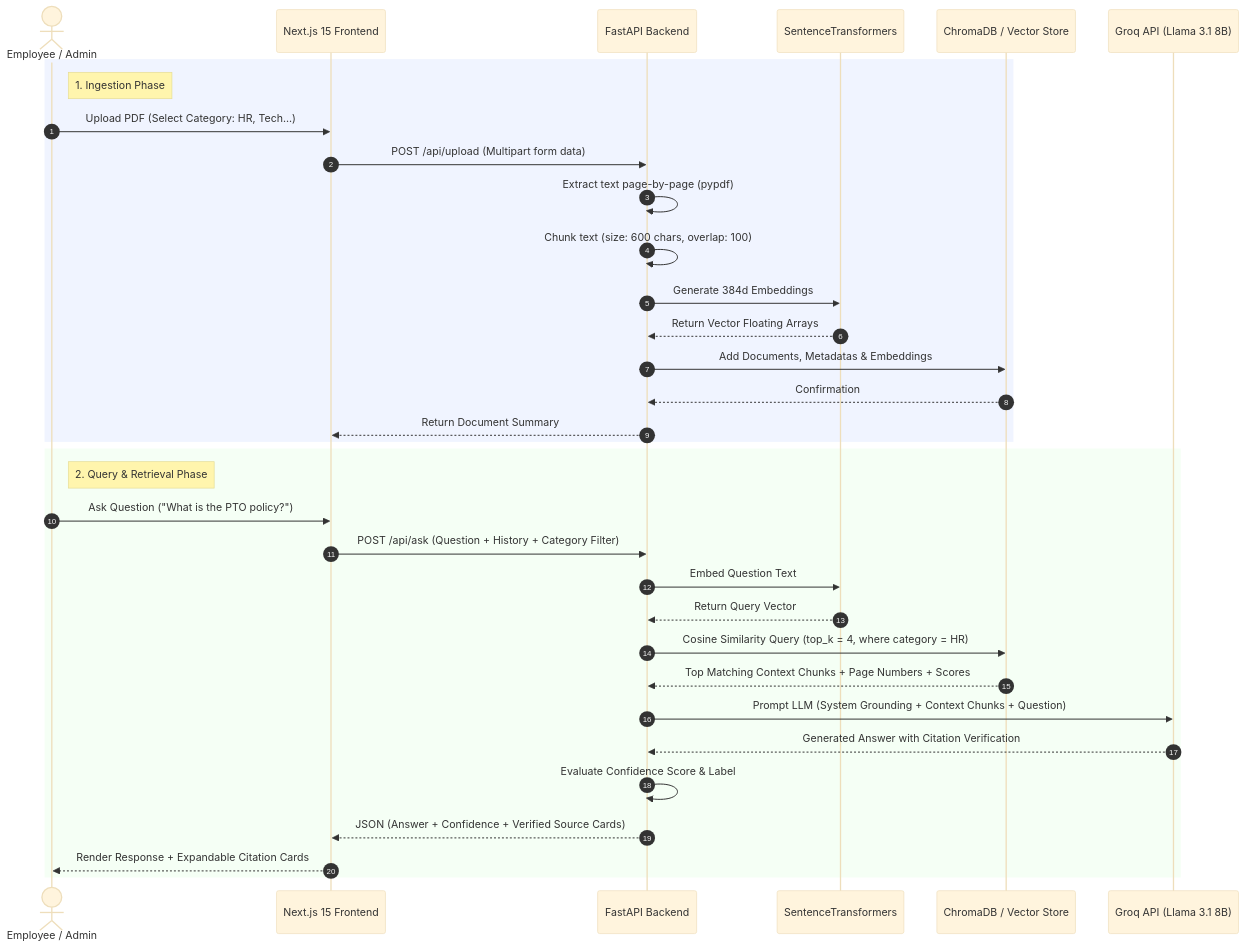
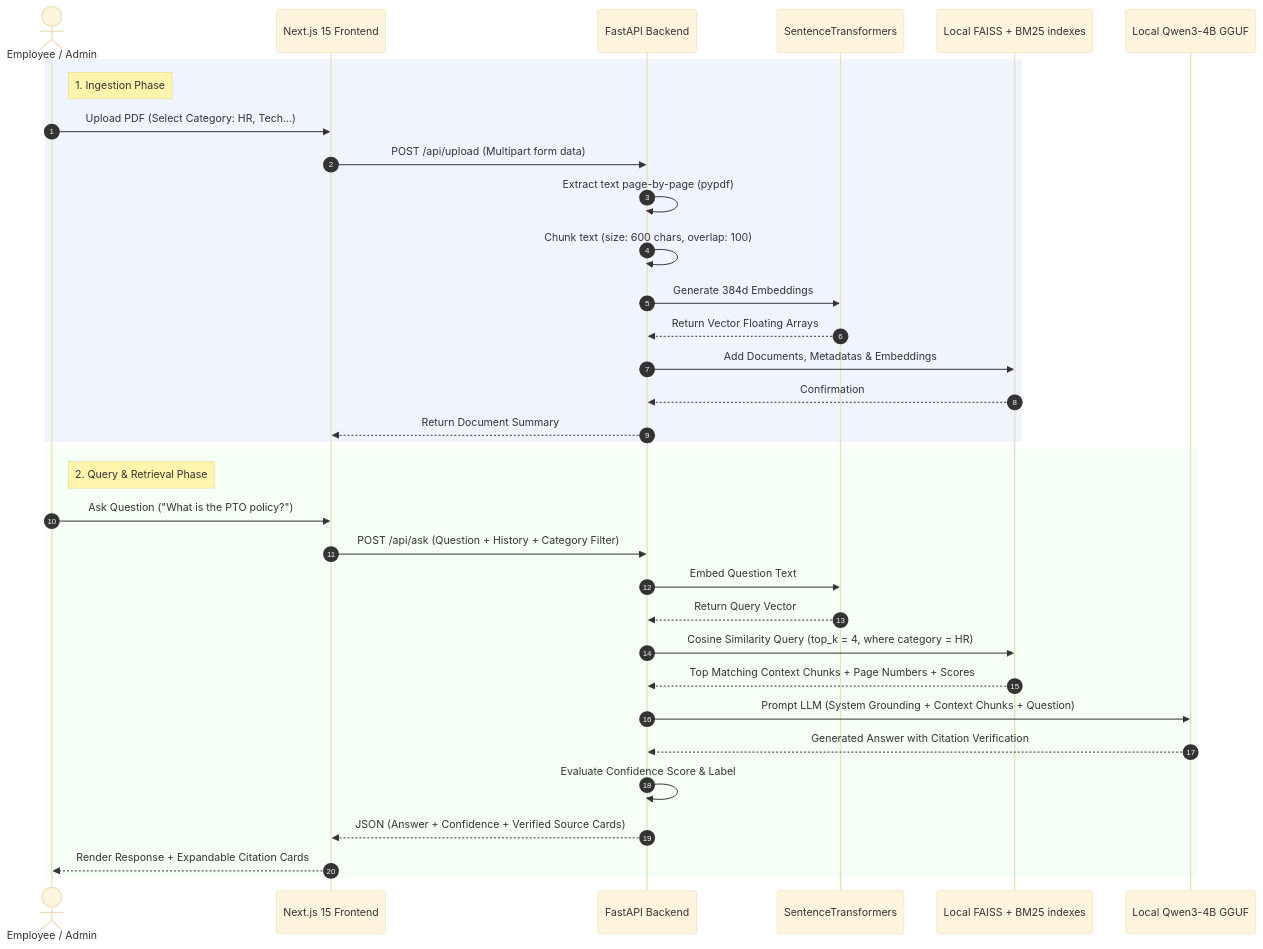
The diagram in docs/architecture.md (youcefamar/docMind), drawn with Mermaid (base theme) before and after one commit. The commit also changed other lines of this file and 13 other files, not shown here.

Commit message:
feat: Implement local Qwen3-4B generation with citation validation and update related configurations

````diff
--- a/docs/architecture.md
+++ b/docs/architecture.md
@@ -15,38 +15,38 @@
 ```mermaid
 sequenceDiagram
     autonumber
     actor Employee as Employee / Admin
     participant FE as Next.js 15 Frontend
     participant BE as FastAPI Backend
     participant Emb as SentenceTransformers
-    participant DB as ChromaDB / Vector Store
-    participant LLM as Groq API (Llama 3.1 8B)
+    participant DB as Local FAISS + BM25 indexes
+    participant LLM as Local Qwen3-4B GGUF
 
     rect rgb(240, 244, 255)
     note right of Employee: 1. Ingestion Phase
     Employee->>FE: Upload PDF (Select Category: HR, Tech...)
     FE->>BE: POST /api/upload (Multipart form data)
     BE->>BE: Extract text page-by-page (pypdf)
     BE->>BE: Chunk text (size: 600 chars, overlap: 100)
     BE->>Emb: Generate 384d Embeddings
     Emb-->>BE: Return Vector Floating Arrays
     BE->>DB: Add Documents, Metadatas & Embeddings
     DB-->>BE: Confirmation
     BE-->>FE: Return Document Summary
     end
 
     rect rgb(245, 255, 245)
     note right of Employee: 2. Query & Retrieval Phase
     Employee->>FE: Ask Question ("What is the PTO policy?")
     FE->>BE: POST /api/ask (Question + History + Category Filter)
     BE->>Emb: Embed Question Text
     Emb-->>BE: Return Query Vector
     BE->>DB: Cosine Similarity Query (top_k = 4, where category = HR)
     DB-->>BE: Top Matching Context Chunks + Page Numbers + Scores
     BE->>LLM: Prompt LLM (System Grounding + Context Chunks + Question)
     LLM-->>BE: Generated Answer with Citation Verification
     BE->>BE: Evaluate Confidence Score & Label
     BE-->>FE: JSON (Answer + Confidence + Verified Source Cards)
     FE-->>Employee: Render Response + Expandable Citation Cards
     end
 ```
````
